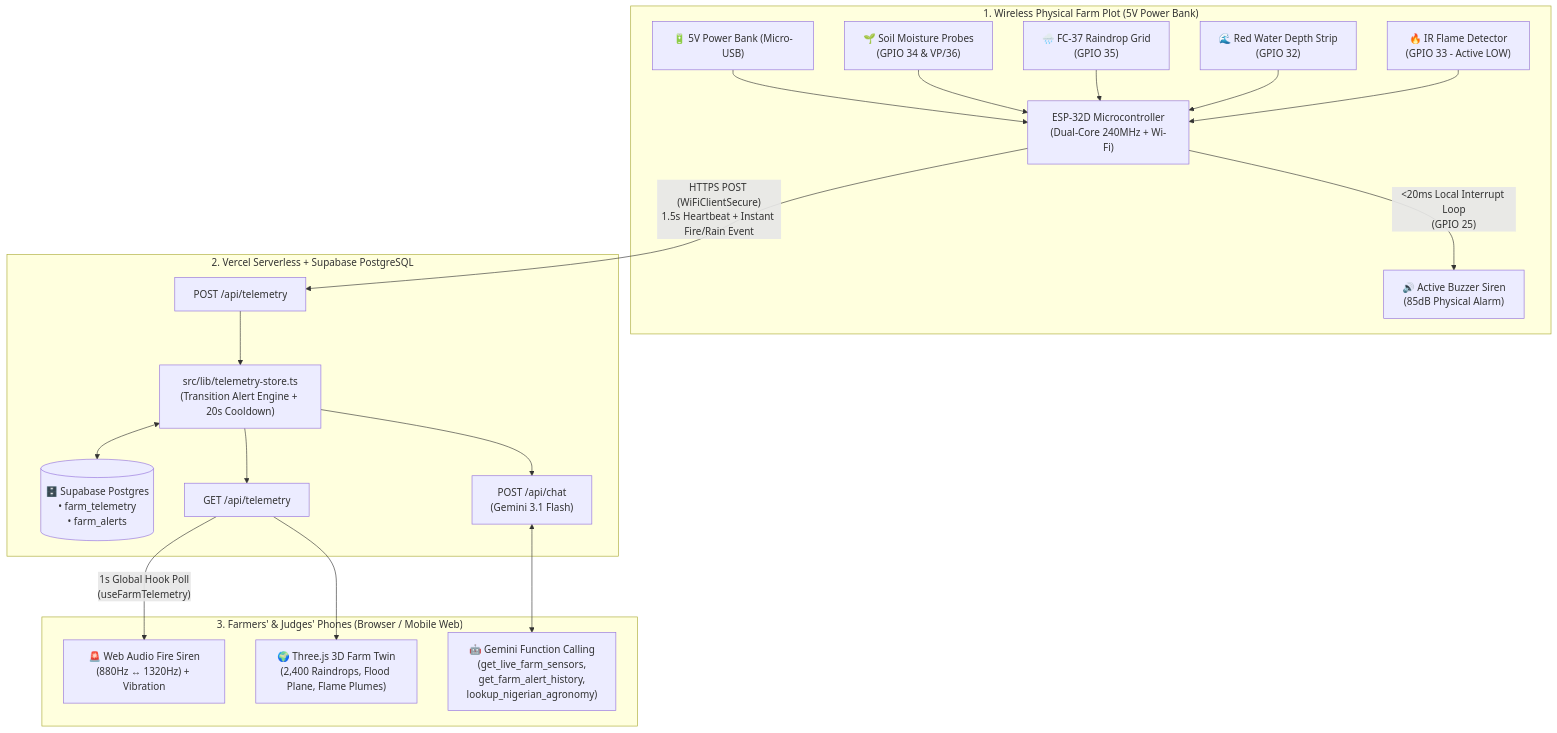
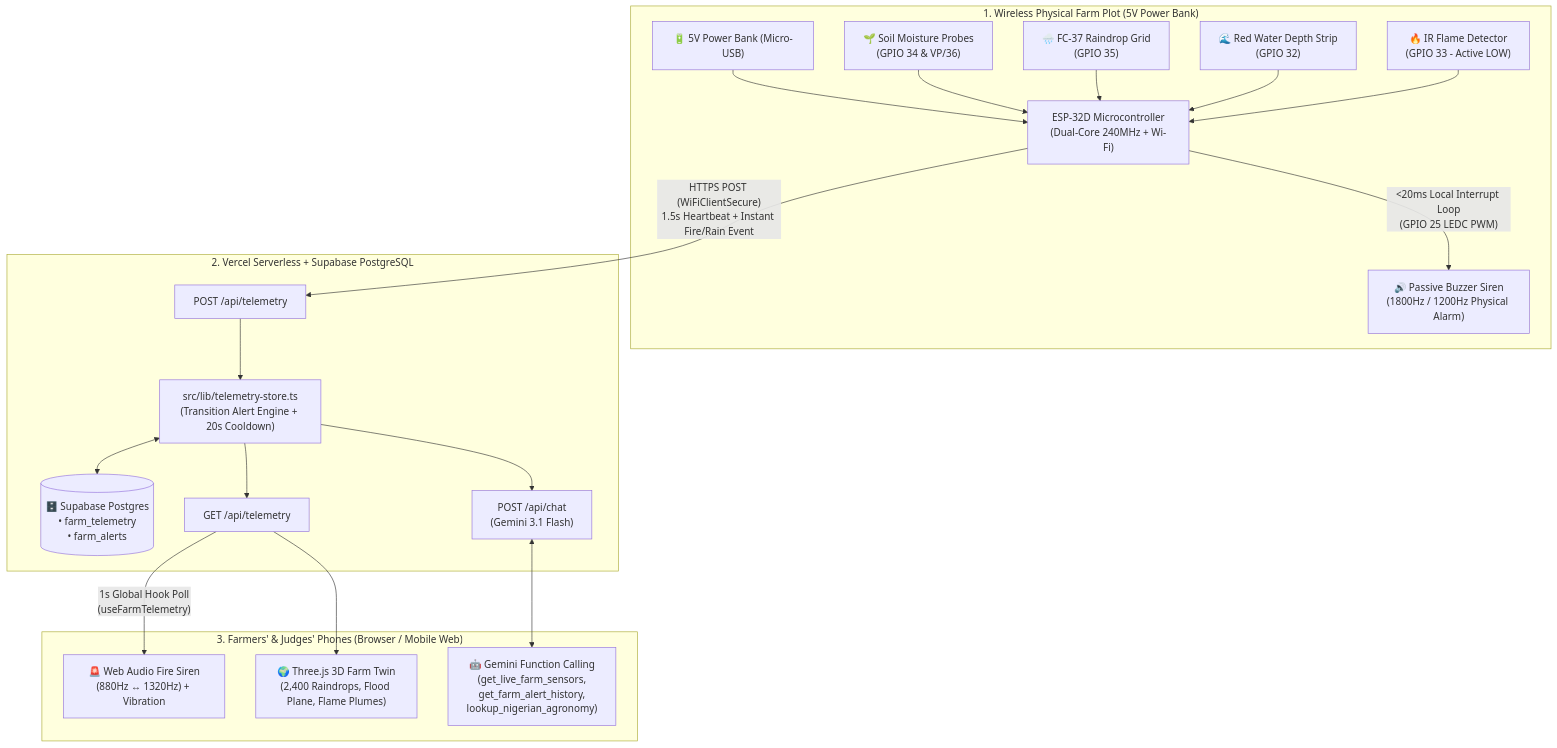
The first of 2 diagrams in docs/ARCHITECTURE.md (prince24-web/El-nino), drawn with Mermaid before and after one commit. The commit also changed other lines of this file and 8 other files, not shown here.

Commit message:
Switch GPIO 25 fire alarm firmware and docs to Passive Buzzer (Beep #2 1800Hz/1200Hz PWM)

````diff
--- a/docs/ARCHITECTURE.md
+++ b/docs/ARCHITECTURE.md
@@ -20,25 +20,25 @@
 ```mermaid
 flowchart TB
   subgraph Edge["1. Wireless Physical Farm Plot (5V Power Bank)"]
     PB["🔋 5V Power Bank (Micro-USB)"] --> ESP["ESP-32D Microcontroller\n(Dual-Core 240MHz + Wi-Fi)"]
     SOIL["🌱 Soil Moisture Probes\n(GPIO 34 & VP/36)"] --> ESP
     RAIN["🌧️ FC-37 Raindrop Grid\n(GPIO 35)"] --> ESP
     WATER["🌊 Red Water Depth Strip\n(GPIO 32)"] --> ESP
     FLAME["🔥 IR Flame Detector\n(GPIO 33 - Active LOW)"] --> ESP
-    ESP -- "<20ms Local Interrupt Loop\n(GPIO 25)" --> BUZZ["🔊 Active Buzzer Siren\n(85dB Physical Alarm)"]
+    ESP -- "<20ms Local Interrupt Loop\n(GPIO 25 LEDC PWM)" --> BUZZ["🔊 Passive Buzzer Siren\n(1800Hz / 1200Hz Physical Alarm)"]
   end
 
   subgraph Cloud["2. Vercel Serverless + Supabase PostgreSQL"]
     ESP -- "HTTPS POST (WiFiClientSecure)\n1.5s Heartbeat + Instant Fire/Rain Event" --> POST["POST /api/telemetry"]
     POST --> STORE["src/lib/telemetry-store.ts\n(Transition Alert Engine + 20s Cooldown)"]
     STORE <--> SUPA[("🗄️ Supabase Postgres\n• farm_telemetry\n• farm_alerts")]
     STORE --> GET["GET /api/telemetry"]
     STORE --> CHAT["POST /api/chat\n(Gemini 3.1 Flash)"]
   end
 
   subgraph Clients["3. Farmers' & Judges' Phones (Browser / Mobile Web)"]
     GET -- "1s Global Hook Poll\n(useFarmTelemetry)" --> SIREN["🚨 Web Audio Fire Siren\n(880Hz ↔ 1320Hz) + Vibration"]
     GET --> TWIN["🌍 Three.js 3D Farm Twin\n(2,400 Raindrops, Flood Plane, Flame Plumes)"]
     CHAT <--> AI["🤖 Gemini Function Calling\n(get_live_farm_sensors,\nget_farm_alert_history,\nlookup_nigerian_agronomy)"]
   end
 ```
````
